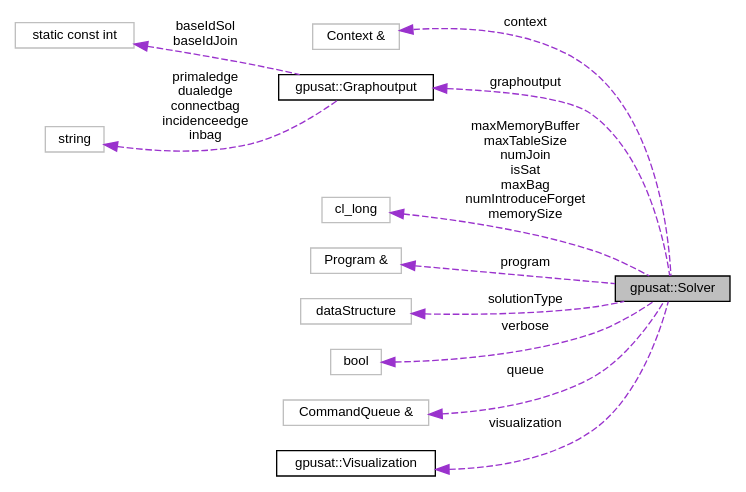
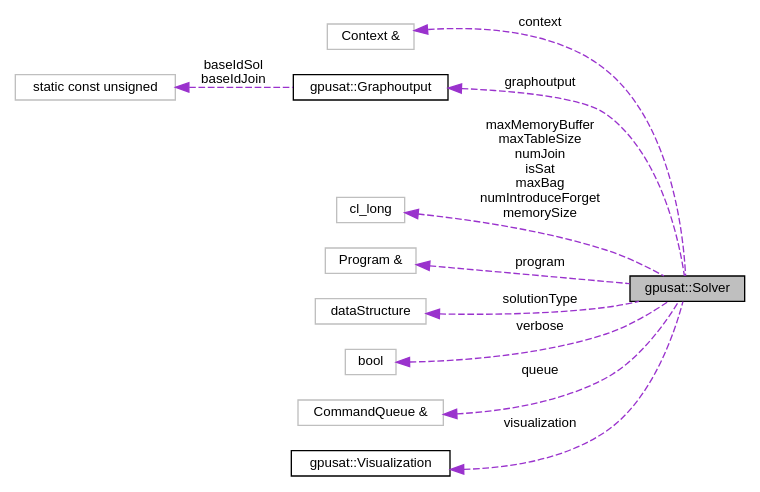
One commit to VaeterchenFrost/GPUSAT changed the diagram in docbook/classgpusat_1_1_solver__coll__graph.dot. Above: the diagram before and after it, drawn with Graphviz. The commit also changed 341 other files, not shown here.

Commit message:
Update doxygen for changes in Graphoutput

```diff
--- a/docbook/classgpusat_1_1_solver__coll__graph.dot
+++ b/docbook/classgpusat_1_1_solver__coll__graph.dot
@@ -1,29 +1,27 @@
 digraph "gpusat::Solver"
 {
  // INTERACTIVE_SVG=YES
  // LATEX_PDF_SIZE
   edge [fontname="Helvetica",fontsize="10",labelfontname="Helvetica",labelfontsize="10"];
   node [fontname="Helvetica",fontsize="10",shape=record];
   rankdir="LR";
   Node1 [label="gpusat::Solver",height=0.2,width=0.4,color="black", fillcolor="grey75", style="filled", fontcolor="black",tooltip=" "];
   Node2 -> Node1 [dir="back",color="darkorchid3",fontsize="10",style="dashed",label=" context" ,fontname="Helvetica"];
   Node2 [label="Context &",height=0.2,width=0.4,color="grey75", fillcolor="white", style="filled",tooltip=" "];
   Node3 -> Node1 [dir="back",color="darkorchid3",fontsize="10",style="dashed",label=" graphoutput" ,fontname="Helvetica"];
   Node3 [label="gpusat::Graphoutput",height=0.2,width=0.4,color="black", fillcolor="white", style="filled",URL="$classgpusat_1_1_graphoutput.html",tooltip=" "];
   Node4 -> Node3 [dir="back",color="darkorchid3",fontsize="10",style="dashed",label=" baseIdSol\nbaseIdJoin" ,fontname="Helvetica"];
-  Node4 [label="static const int",height=0.2,width=0.4,color="grey75", fillcolor="white", style="filled",tooltip=" "];
-  Node5 -> Node3 [dir="back",color="darkorchid3",fontsize="10",style="dashed",label=" primaledge\ndualedge\nconnectbag\nincidenceedge\ninbag" ,fontname="Helvetica"];
-  Node5 [label="string",height=0.2,width=0.4,color="grey75", fillcolor="white", style="filled",tooltip=" "];
-  Node6 -> Node1 [dir="back",color="darkorchid3",fontsize="10",style="dashed",label=" maxMemoryBuffer\nmaxTableSize\nnumJoin\nisSat\nmaxBag\nnumIntroduceForget\nmemorySize" ,fontname="Helvetica"];
-  Node6 [label="cl_long",height=0.2,width=0.4,color="grey75", fillcolor="white", style="filled",tooltip=" "];
-  Node7 -> Node1 [dir="back",color="darkorchid3",fontsize="10",style="dashed",label=" program" ,fontname="Helvetica"];
-  Node7 [label="Program &",height=0.2,width=0.4,color="grey75", fillcolor="white", style="filled",tooltip=" "];
-  Node8 -> Node1 [dir="back",color="darkorchid3",fontsize="10",style="dashed",label=" solutionType" ,fontname="Helvetica"];
-  Node8 [label="dataStructure",height=0.2,width=0.4,color="grey75", fillcolor="white", style="filled",tooltip=" "];
-  Node9 -> Node1 [dir="back",color="darkorchid3",fontsize="10",style="dashed",label=" verbose" ,fontname="Helvetica"];
-  Node9 [label="bool",height=0.2,width=0.4,color="grey75", fillcolor="white", style="filled",tooltip=" "];
-  Node10 -> Node1 [dir="back",color="darkorchid3",fontsize="10",style="dashed",label=" queue" ,fontname="Helvetica"];
-  Node10 [label="CommandQueue &",height=0.2,width=0.4,color="grey75", fillcolor="white", style="filled",tooltip=" "];
-  Node11 -> Node1 [dir="back",color="darkorchid3",fontsize="10",style="dashed",label=" visualization" ,fontname="Helvetica"];
-  Node11 [label="gpusat::Visualization",height=0.2,width=0.4,color="black", fillcolor="white", style="filled",URL="$classgpusat_1_1_visualization.html",tooltip=" "];
+  Node4 [label="static const unsigned",height=0.2,width=0.4,color="grey75", fillcolor="white", style="filled",tooltip=" "];
+  Node5 -> Node1 [dir="back",color="darkorchid3",fontsize="10",style="dashed",label=" maxMemoryBuffer\nmaxTableSize\nnumJoin\nisSat\nmaxBag\nnumIntroduceForget\nmemorySize" ,fontname="Helvetica"];
+  Node5 [label="cl_long",height=0.2,width=0.4,color="grey75", fillcolor="white", style="filled",tooltip=" "];
+  Node6 -> Node1 [dir="back",color="darkorchid3",fontsize="10",style="dashed",label=" program" ,fontname="Helvetica"];
+  Node6 [label="Program &",height=0.2,width=0.4,color="grey75", fillcolor="white", style="filled",tooltip=" "];
+  Node7 -> Node1 [dir="back",color="darkorchid3",fontsize="10",style="dashed",label=" solutionType" ,fontname="Helvetica"];
+  Node7 [label="dataStructure",height=0.2,width=0.4,color="grey75", fillcolor="white", style="filled",tooltip=" "];
+  Node8 -> Node1 [dir="back",color="darkorchid3",fontsize="10",style="dashed",label=" verbose" ,fontname="Helvetica"];
+  Node8 [label="bool",height=0.2,width=0.4,color="grey75", fillcolor="white", style="filled",tooltip=" "];
+  Node9 -> Node1 [dir="back",color="darkorchid3",fontsize="10",style="dashed",label=" queue" ,fontname="Helvetica"];
+  Node9 [label="CommandQueue &",height=0.2,width=0.4,color="grey75", fillcolor="white", style="filled",tooltip=" "];
+  Node10 -> Node1 [dir="back",color="darkorchid3",fontsize="10",style="dashed",label=" visualization" ,fontname="Helvetica"];
+  Node10 [label="gpusat::Visualization",height=0.2,width=0.4,color="black", fillcolor="white", style="filled",URL="$classgpusat_1_1_visualization.html",tooltip=" "];
 }
```
